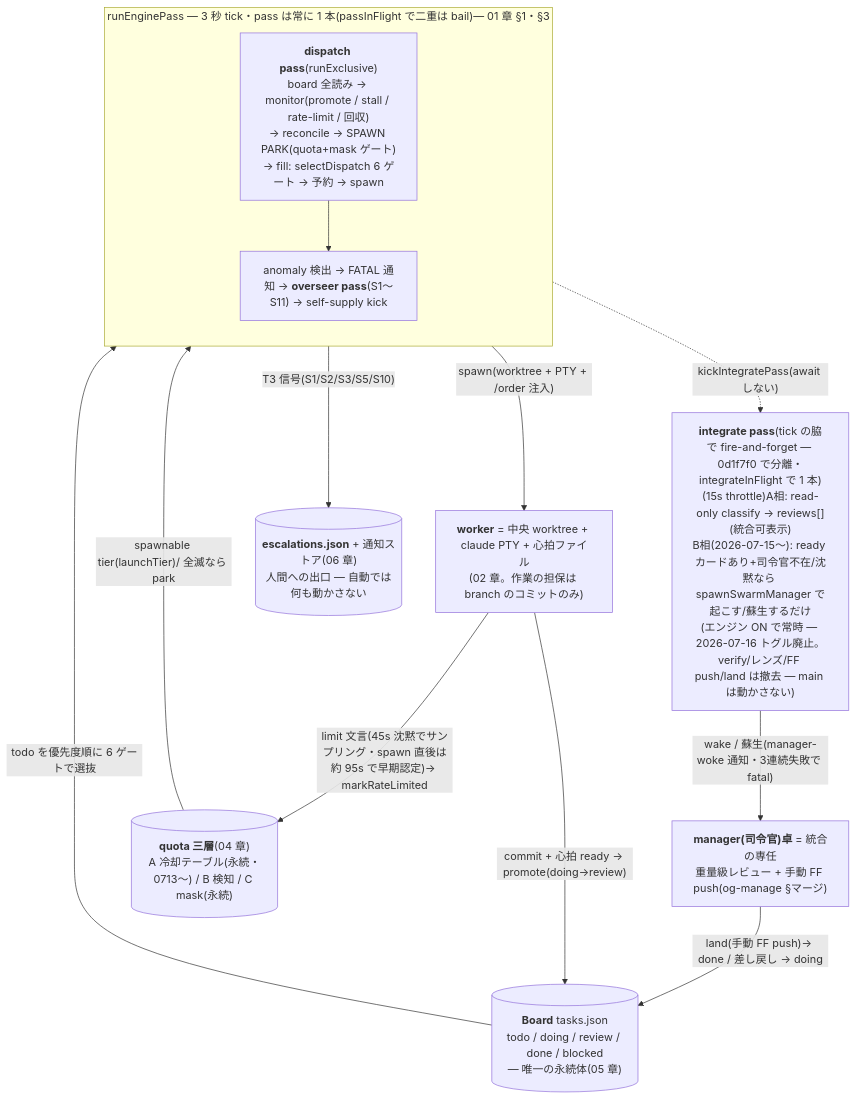
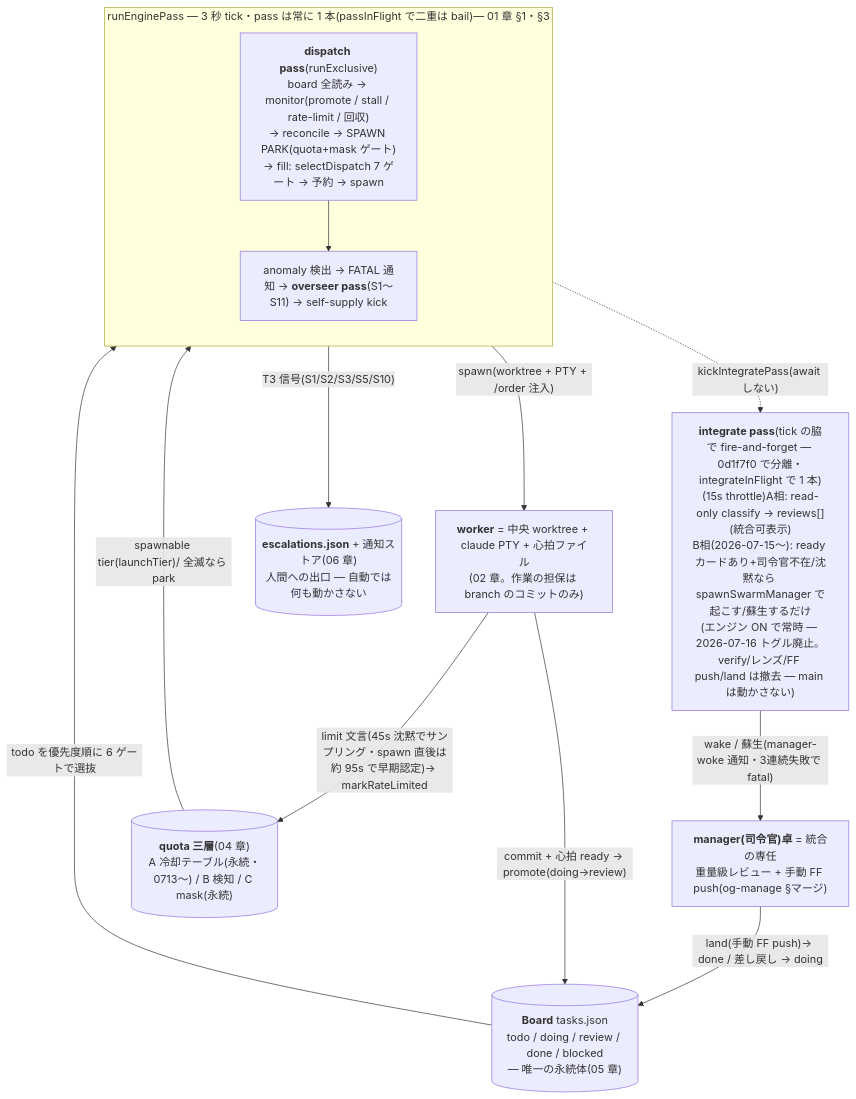
One commit to nannantown/open-ground changed the diagram in docs/commander/00-INDEX.md. Above: the diagram before and after it, drawn with Mermaid. The commit also changed other lines of this file and 15 other files, not shown here.

````diff
--- a/docs/commander/00-INDEX.md
+++ b/docs/commander/00-INDEX.md
@@ -96,24 +97,24 @@
 ```mermaid
 flowchart TB
   subgraph pass["runEnginePass — 3 秒 tick・pass は常に 1 本(passInFlight で二重は bail)— 01 章 §1・§3"]
     direction TB
-    D["<b>dispatch pass</b>(runExclusive)<br/>board 全読み → monitor(promote / stall / rate-limit / 回収)<br/>→ reconcile → SPAWN PARK(quota+mask ゲート)<br/>→ fill: selectDispatch 6 ゲート → 予約 → spawn"]
+    D["<b>dispatch pass</b>(runExclusive)<br/>board 全読み → monitor(promote / stall / rate-limit / 回収)<br/>→ reconcile → SPAWN PARK(quota+mask ゲート)<br/>→ fill: selectDispatch 7 ゲート → 予約 → spawn"]
     O["anomaly 検出 → FATAL 通知 → <b>overseer pass</b>(S1〜S11) → self-supply kick"]
     D --> O
   end
   I["<b>integrate pass</b>(tick の脇で fire-and-forget — 0d1f7f0 で分離・integrateInFlight で 1 本)<br/>(15s throttle)A相: read-only classify → reviews[](統合可表示)<br/>B相(2026-07-15〜): ready カードあり+司令官不在/沈黙なら spawnSwarmManager で起こす/蘇生するだけ<br/>(エンジン ON で常時 — 2026-07-16 トグル廃止。verify/レンズ/FF push/land は撤去 — main は動かさない)"]
   D -. "kickIntegratePass(await しない)" .-> I
   M["<b>manager(司令官)卓</b> = 統合の専任<br/>重量級レビュー + 手動 FF push(og-manage §マージ)"]
   I -- "wake / 蘇生(manager-woke 通知・3連続失敗で fatal)" --> M
   M -- "land(手動 FF push)→ done / 差し戻し → doing" --> B
   B[("<b>Board</b> tasks.json<br/>todo / doing / review / done / blocked<br/>— 唯一の永続体(05 章)")]
   W["<b>worker</b> = 中央 worktree + claude PTY + 心拍ファイル<br/>(02 章。作業の担保は branch のコミットのみ)"]
   Q[("<b>quota 三層</b>(04 章)<br/>A 冷却テーブル(永続・0713〜) / B 検知 / C mask(永続)")]
   E[("<b>escalations.json</b> + 通知ストア(06 章)<br/>人間への出口 — 自動では何も動かさない")]
   B -- "todo を優先度順に 6 ゲートで選抜" --> D
   D -- "spawn(worktree + PTY + /order 注入)" --> W
   Q -- "spawnable tier(launchTier)/ 全滅なら park" --> D
   W -- "limit 文言(45s 沈黙でサンプリング・spawn 直後は約 95s で早期認定)→ markRateLimited" --> Q
   W -- "commit + 心拍 ready → promote(doing→review)" --> B
   O -- "T3 信号(S1/S2/S3/S5/S10)" --> E
 ```
````
